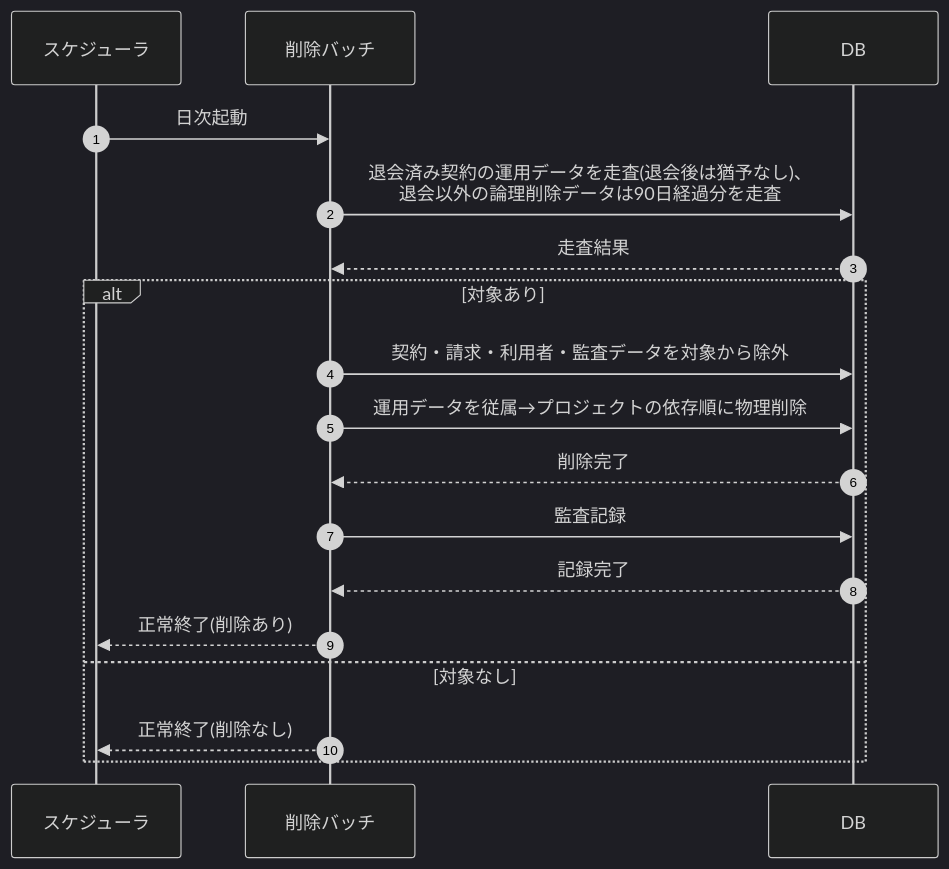
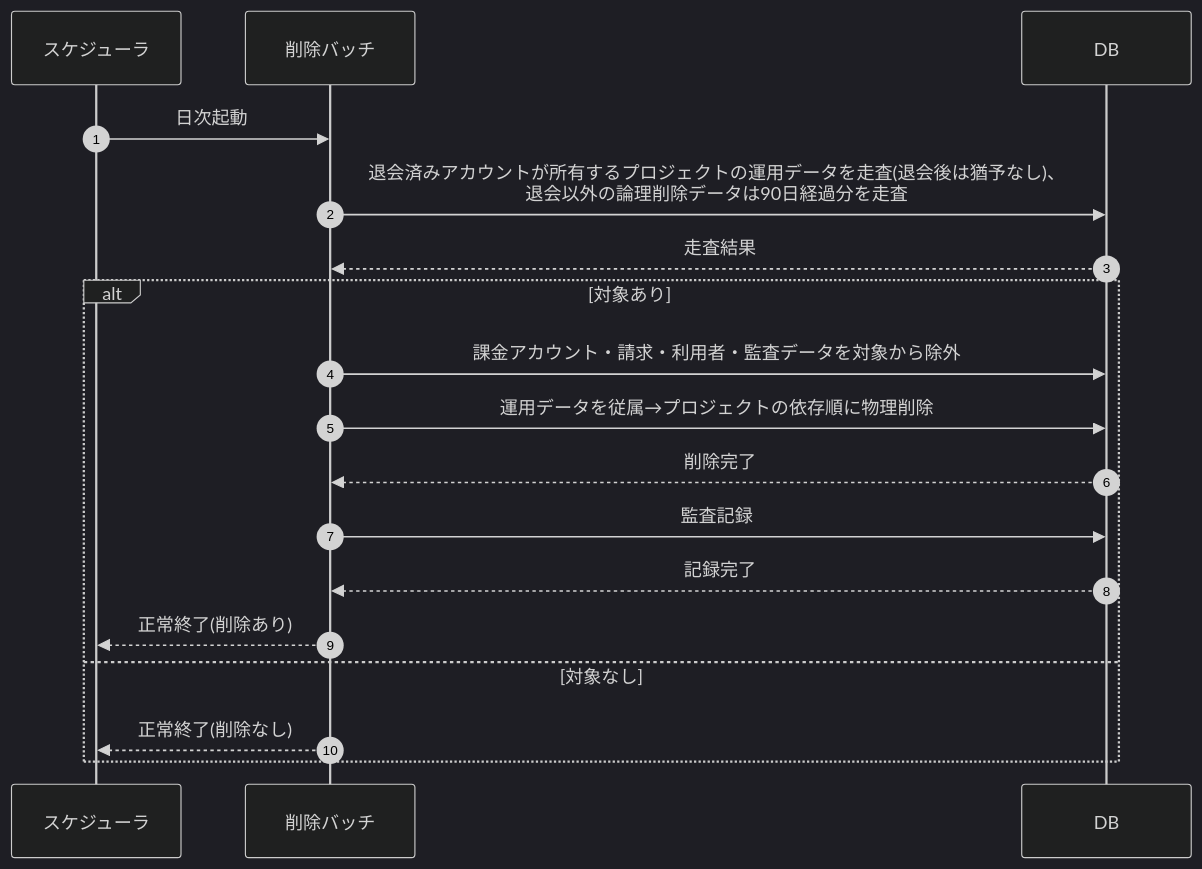
Before and after one commit to sikakou54/open-faq: the diagram in 02_basic_design/03_sequences/SEQ-092.md, drawn with Mermaid (dark theme). The commit also changed other lines of this file and 294 other files, not shown here.

````diff
--- a/02_basic_design/03_sequences/SEQ-092.md
+++ b/02_basic_design/03_sequences/SEQ-092.md
@@ -24,20 +24,20 @@
 ```mermaid
 sequenceDiagram
   autonumber
   participant SCH as スケジューラ
   participant B as 削除バッチ
   participant DB as DB
   SCH->>B: 日次起動
-  B->>DB: 退会済み契約の運用データを走査(退会後は猶予なし)、<br/>退会以外の論理削除データは90日経過分を走査
+  B->>DB: 退会済みアカウントが所有するプロジェクトの運用データを走査(退会後は猶予なし)、<br/>退会以外の論理削除データは90日経過分を走査
   DB-->>B: 走査結果
   alt 対象あり
-    B->>DB: 契約・請求・利用者・監査データを対象から除外
+    B->>DB: 課金アカウント・請求・利用者・監査データを対象から除外
     B->>DB: 運用データを従属→プロジェクトの依存順に物理削除
     DB-->>B: 削除完了
     B->>DB: 監査記録
     DB-->>B: 記録完了
     B-->>SCH: 正常終了(削除あり)
   else 対象なし
     B-->>SCH: 正常終了(削除なし)
   end
 ```
````
